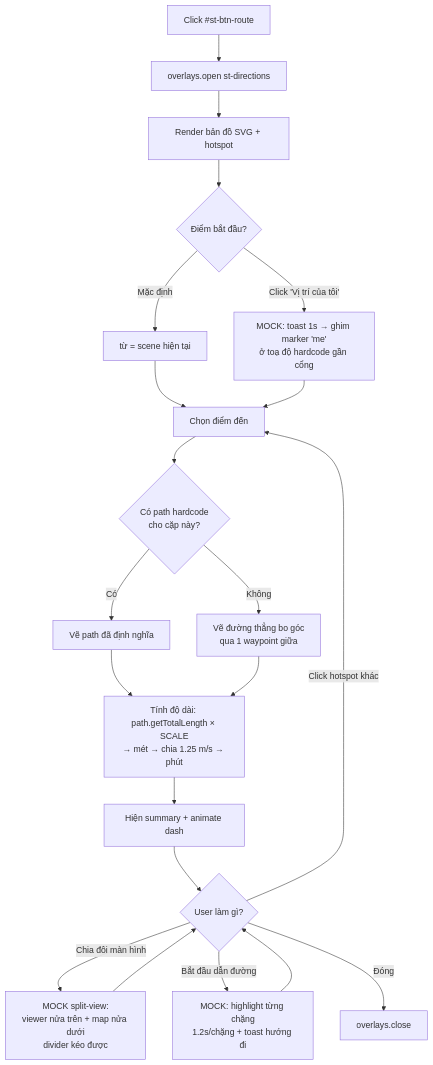
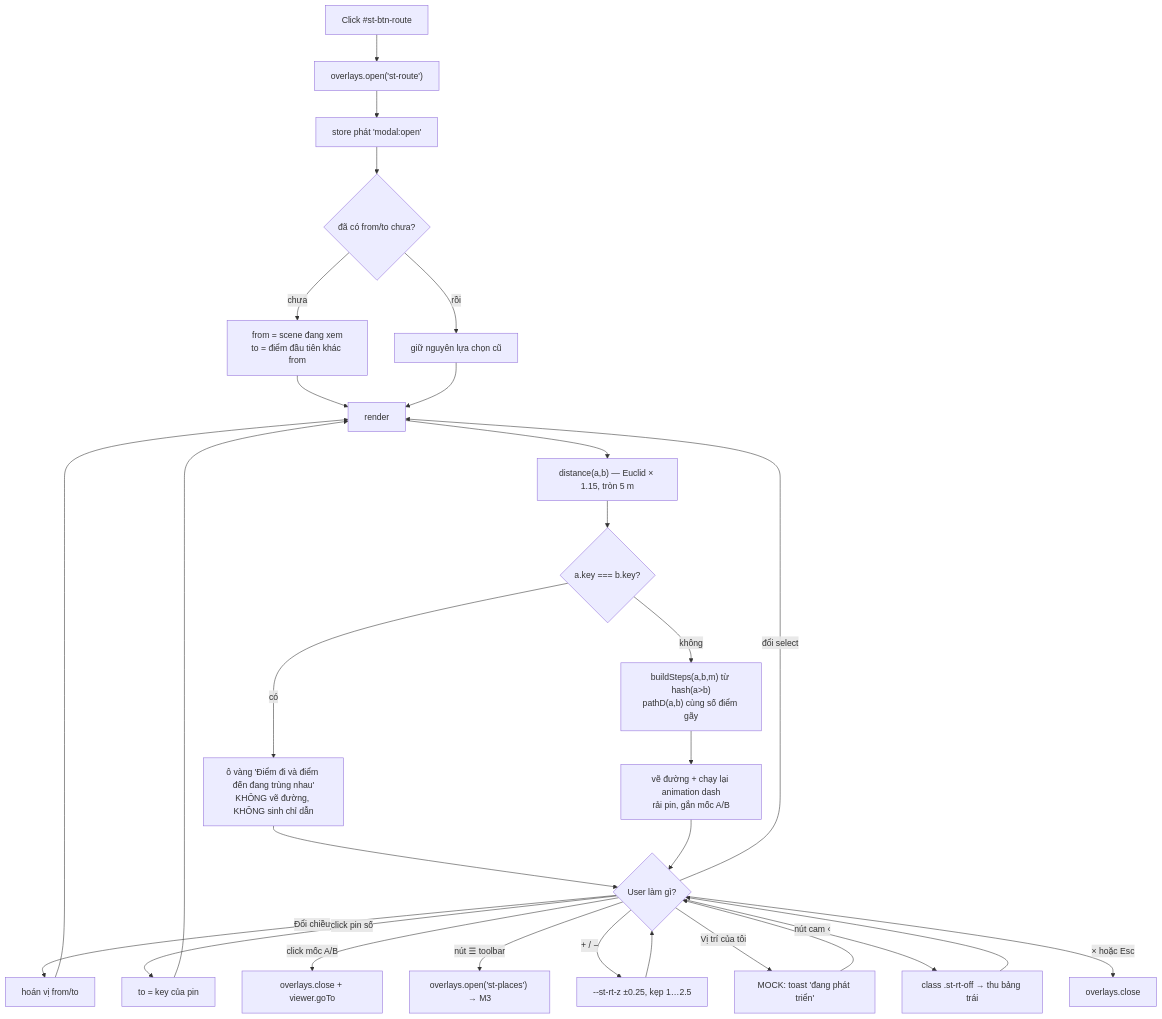
One commit to Tmy-andy/suoitien-redesign changed the third of 6 diagrams in docs/05-flows.md. Above: the diagram before and after it, drawn with Mermaid. The commit also changed other lines of this file and 40 other files, not shown here.

````diff
--- a/docs/05-flows.md
+++ b/docs/05-flows.md
@@ -145,23 +149,26 @@
 ```mermaid
 flowchart TD
-    A[Click #st-btn-route] --> B[overlays.open st-directions]
-    B --> C[Render bản đồ SVG + hotspot]
-    C --> D{Điểm bắt đầu?}
-    D -->|Mặc định| E["từ = scene hiện tại"]
-    D -->|Click 'Vị trí của tôi'| F["MOCK: toast 1s → ghim marker 'me'<br/>ở toạ độ hardcode gần cổng"]
-    E --> G[Chọn điểm đến]
+    A[Click #st-btn-route] --> B["overlays.open('st-route')"]
+    B --> C["store phát 'modal:open'"]
+    C --> D{"đã có from/to chưa?"}
+    D -->|chưa| E["from = scene đang xem<br/>to = điểm đầu tiên khác from"]
+    D -->|rồi| F[giữ nguyên lựa chọn cũ]
+    E --> G[render]
     F --> G
-    G --> H{Có path hardcode<br/>cho cặp này?}
-    H -->|Có| I[Vẽ path đã định nghĩa]
-    H -->|Không| J["Vẽ đường thẳng bo góc<br/>qua 1 waypoint giữa"]
-    I --> K["Tính độ dài: path.getTotalLength × SCALE<br/>→ mét → chia 1.25 m/s → phút"]
-    J --> K
-    K --> L[Hiện summary + animate dash]
-    L --> M{User làm gì?}
-    M -->|Chia đôi màn hình| N["MOCK split-view:<br/>viewer nửa trên + map nửa dưới<br/>divider kéo được"]
-    M -->|Bắt đầu dẫn đường| O["MOCK: highlight từng chặng<br/>1.2s/chặng + toast hướng đi"]
-    M -->|Đóng| P[overlays.close]
-    M -->|Click hotspot khác| G
-    N --> M
-    O --> M
+    G --> H["distance(a,b) — Euclid × 1.15, tròn 5 m"]
+    H --> I{"a.key === b.key?"}
+    I -->|có| J["ô vàng 'Điểm đi và điểm đến đang trùng nhau'<br/>KHÔNG vẽ đường, KHÔNG sinh chỉ dẫn"]
+    I -->|không| K["buildSteps(a,b,m) từ hash(a>b)<br/>pathD(a,b) cùng số điểm gãy"]
+    K --> L["vẽ đường + chạy lại animation dash<br/>rải pin, gắn mốc A/B"]
+    J --> M{User làm gì?}
+    L --> M
+    M -->|đổi select| G
+    M -->|Đổi chiều| N["hoán vị from/to"] --> G
+    M -->|click pin số| O["to = key của pin"] --> G
+    M -->|click mốc A/B| P["overlays.close + viewer.goTo"]
+    M -->|nút ☰ toolbar| Q["overlays.open('st-places') → M3"]
+    M -->|+ / −| R["--st-rt-z ±0.25, kẹp 1…2.5"] --> M
+    M -->|Vị trí của tôi| S["MOCK: toast 'đang phát triển'"] --> M
+    M -->|nút cam ‹| T["class .st-rt-off → thu bảng trái"] --> M
+    M -->|× hoặc Esc| U[overlays.close]
 ```
````
